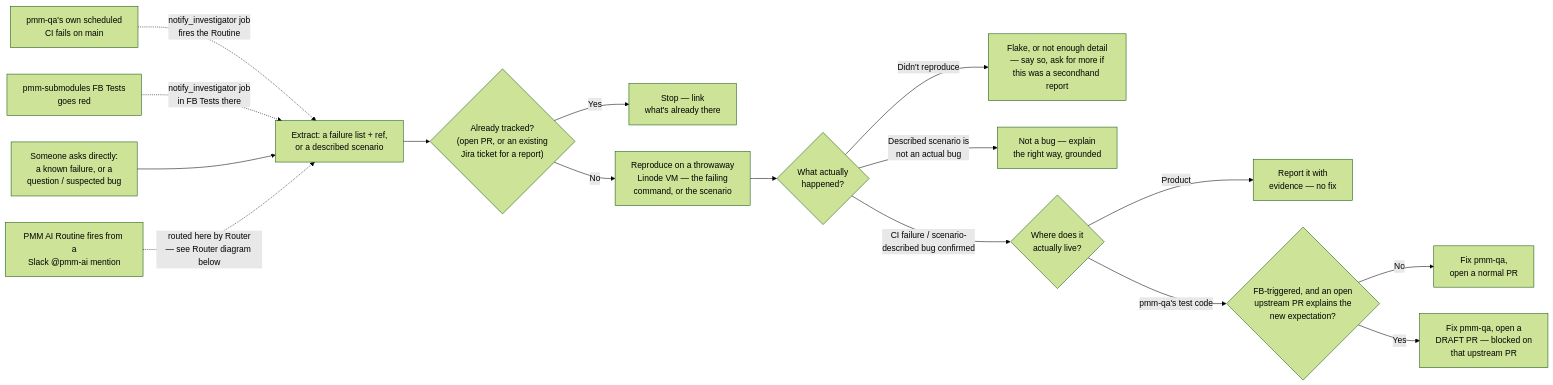
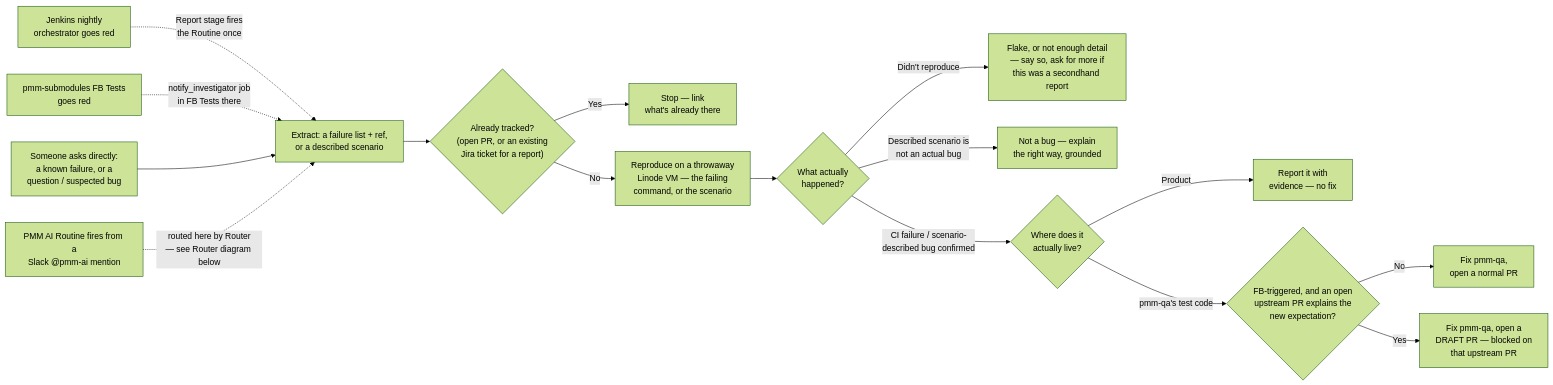
The second of 6 diagrams in docs/agents/AUTOMATIONS.md (percona/pmm-qa), drawn with Mermaid (forest theme) before and after one commit. The commit also changed other lines of this file and 103 other files, not shown here.

````diff
--- a/docs/agents/AUTOMATIONS.md
+++ b/docs/agents/AUTOMATIONS.md
@@ -83,18 +87,18 @@
 ```mermaid
 flowchart LR
-    A1["pmm-qa's own scheduled\nCI fails on main"] -.->|"notify_investigator job\nfires the Routine"| C
+    A1["Jenkins nightly\norchestrator goes red"] -.->|"Report stage fires\nthe Routine once"| C
     A2["pmm-submodules FB Tests\ngoes red"] -.->|"notify_investigator job\nin FB Tests there"| C
     A3["Someone asks directly:\na known failure, or a\nquestion / suspected bug"] --> C
     A4["PMM AI Routine fires from a\nSlack @pmm-ai mention"] -.->|"routed here by Router\n— see Router diagram below"| C
     C["Extract: a failure list + ref,\nor a described scenario"] --> D{"Already tracked?\n(open PR, or an existing\nJira ticket for a report)"}
     D -->|"Yes"| E["Stop — link\nwhat's already there"]
     D -->|"No"| F["Reproduce on a throwaway\nLinode VM — the failing\ncommand, or the scenario"]
     F --> G{"What actually\nhappened?"}
     G -->|"Didn't reproduce"| H["Flake, or not enough detail\n— say so, ask for more if\nthis was a secondhand report"]
     G -->|"Described scenario is\nnot an actual bug"| O["Not a bug — explain\nthe right way, grounded"]
     G -->|"CI failure / scenario-\ndescribed bug confirmed"| P{"Where does it\nactually live?"}
     P -->|"Product"| L["Report it with\nevidence — no fix"]
     P -->|"pmm-qa's test code"| I{"FB-triggered, and an open\nupstream PR explains the\nnew expectation?"}
     I -->|"No"| J["Fix pmm-qa,\nopen a normal PR"]
     I -->|"Yes"| K["Fix pmm-qa, open a\nDRAFT PR — blocked on\nthat upstream PR"]
 ```
````
